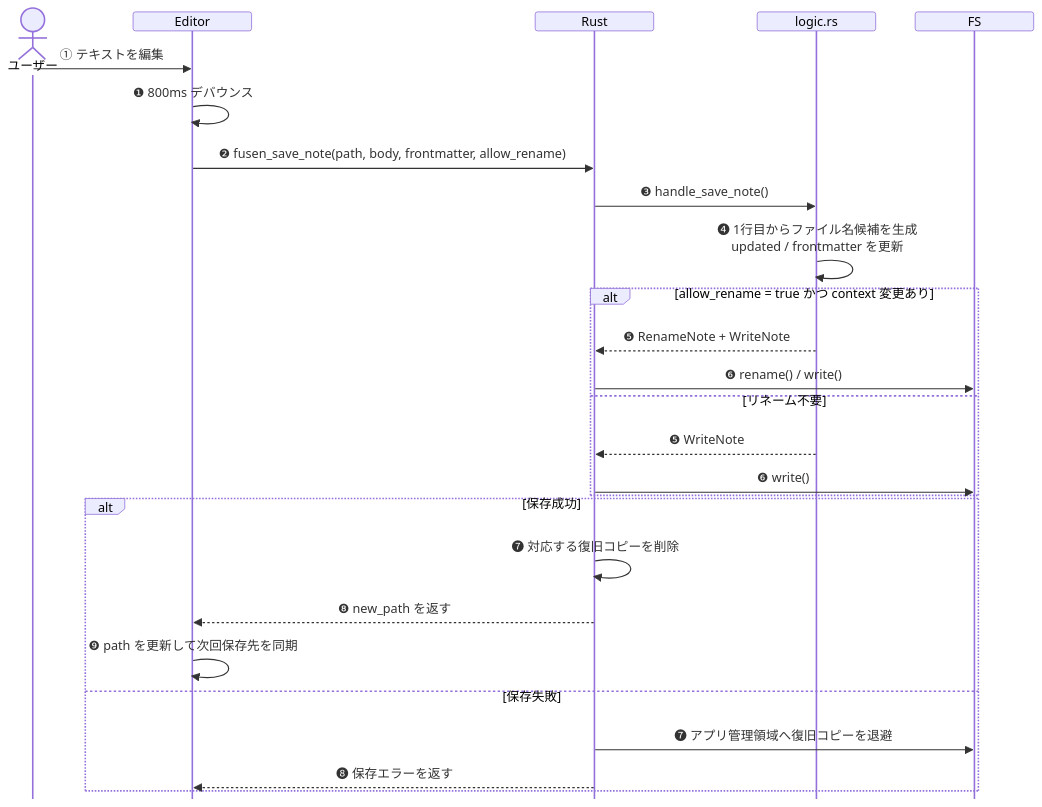
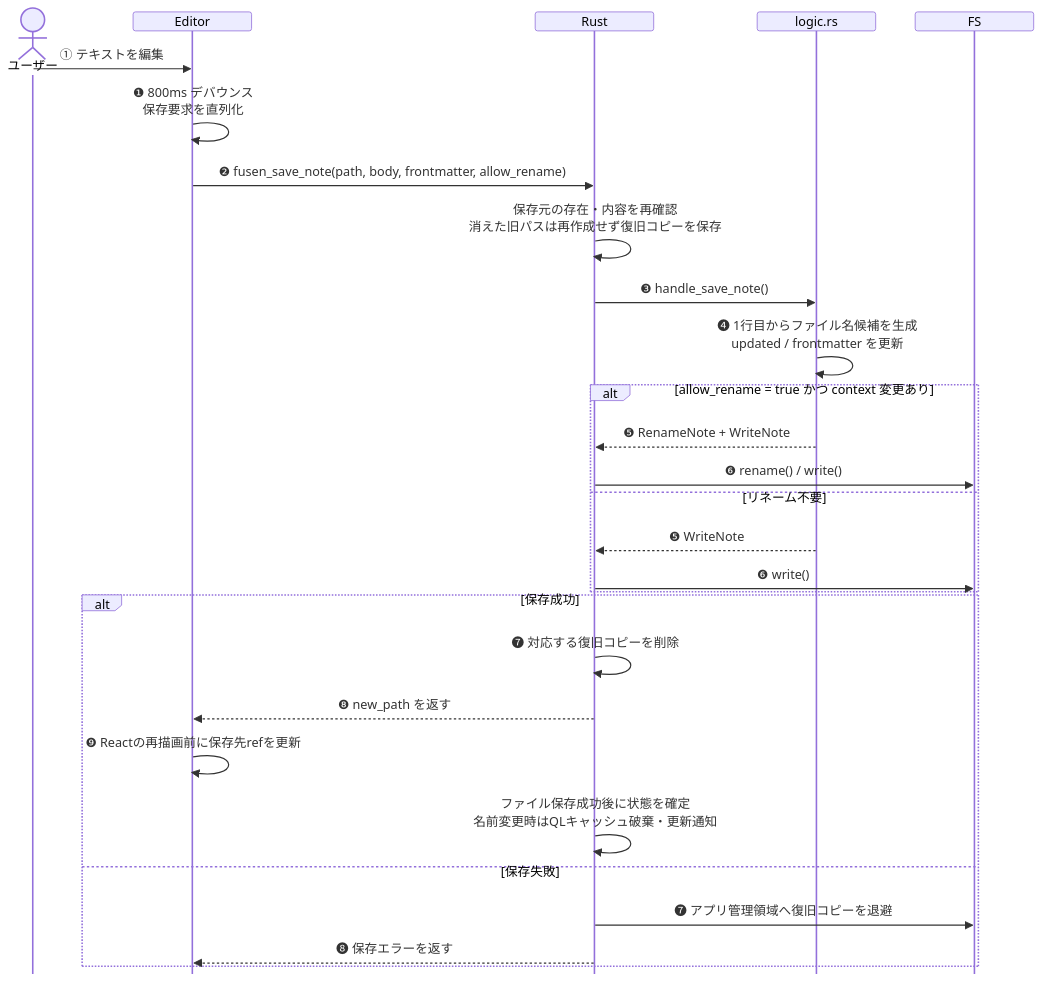
The sixth of 19 diagrams in docs-v2/002_PC.md (ore-no-fusen/ore-no-fusen), drawn with Mermaid before and after one commit. The commit also changed 5 other files, not shown here.

````diff
--- a/docs-v2/002_PC.md
+++ b/docs-v2/002_PC.md
@@ -498,30 +498,32 @@
 ```mermaid
 %%{init: {'sequence': {'messageMargin': 8, 'mirrorActors': false, 'height': 24, 'boxMargin': 4, 'noteMargin': 6}}}%%
 sequenceDiagram
     actor U as ユーザー
     participant E as Editor
     participant R as Rust
     participant L as logic.rs
     participant FS as FS
 
     U->>E: ① テキストを編集
-    E->>E: ❶ 800ms デバウンス
+    E->>E: ❶ 800ms デバウンス<br>保存要求を直列化
     E->>R: ❷ fusen_save_note(path, body, frontmatter, allow_rename)
+    R->>R: 保存元の存在・内容を再確認<br>消えた旧パスは再作成せず復旧コピーを保存
     R->>L: ❸ handle_save_note()
     L->>L: ❹ 1行目からファイル名候補を生成<br>updated / frontmatter を更新
     alt allow_rename = true かつ context 変更あり
         L-->>R: ❺ RenameNote + WriteNote
         R->>FS: ❻ rename() / write()
     else リネーム不要
         L-->>R: ❺ WriteNote
         R->>FS: ❻ write()
     end
     alt 保存成功
         R->>R: ❼ 対応する復旧コピーを削除
         R-->>E: ❽ new_path を返す
-        E->>E: ❾ path を更新して次回保存先を同期
+        E->>E: ❾ Reactの再描画前に保存先refを更新
+        R->>R: ファイル保存成功後に状態を確定<br>名前変更時はQLキャッシュ破棄・更新通知
     else 保存失敗
         R->>FS: ❼ アプリ管理領域へ復旧コピーを退避
         R-->>E: ❽ 保存エラーを返す
     end
 ```
````
